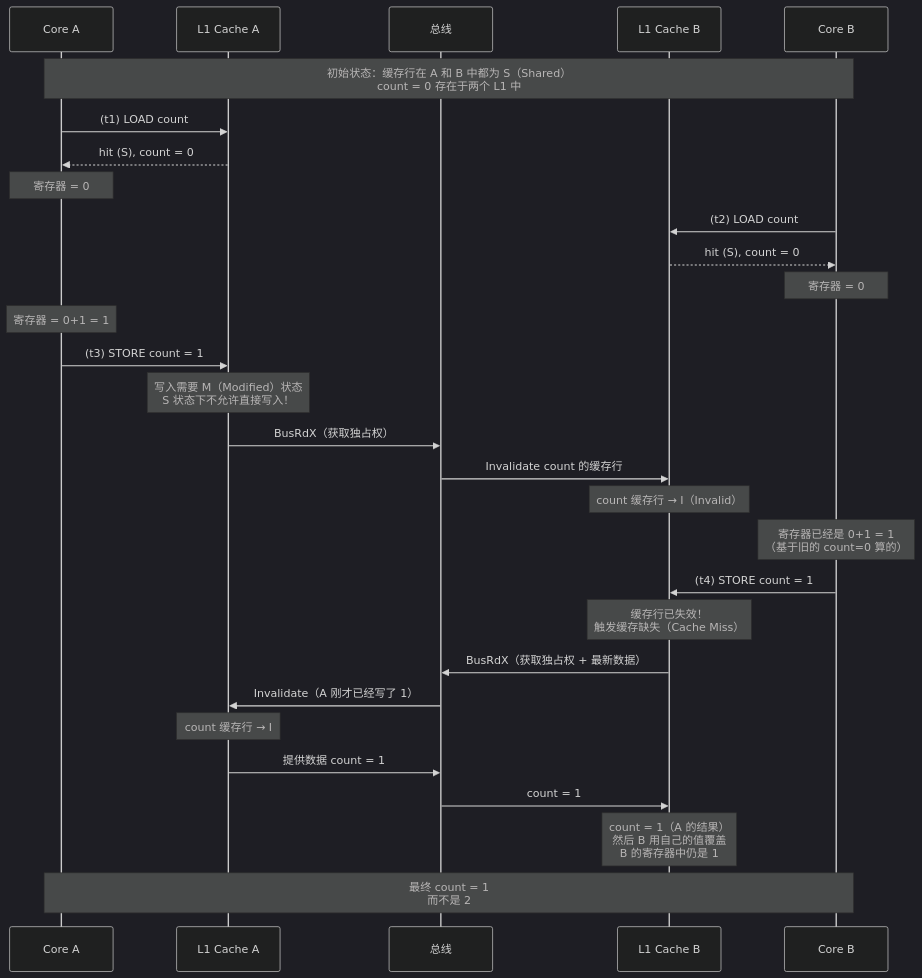
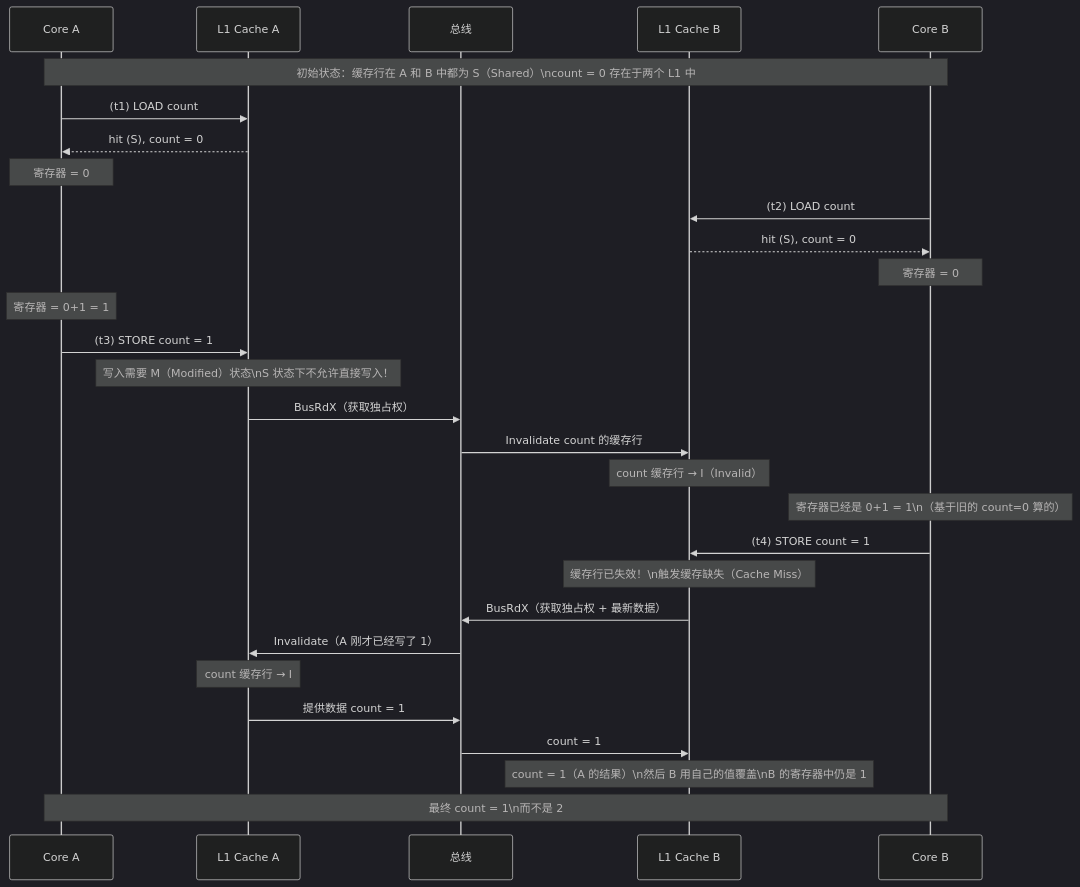
Before and after one commit to yaocat55/yaocat55.github.io: the first of 6 diagrams in content/posts/concurrency/CAS.md, drawn with Mermaid (dark theme). The commit also changed other lines of this file and 155 other files, not shown here.

````diff
--- a/content/posts/concurrency/CAS.md
+++ b/content/posts/concurrency/CAS.md
@@ -48,36 +48,36 @@
 ```mermaid
 sequenceDiagram
     participant CA as Core A
     participant L1A as L1 Cache A
     participant BUS as 总线
     participant L1B as L1 Cache B
     participant CB as Core B
 
-    Note over CA,CB: 初始状态：缓存行在 A 和 B 中都为 S（Shared）<br/>count = 0 存在于两个 L1 中
+    Note over CA,CB: 初始状态：缓存行在 A 和 B 中都为 S（Shared）\ncount = 0 存在于两个 L1 中
 
     CA->>L1A: (t1) LOAD count
     L1A-->>CA: hit (S), count = 0
     Note over CA: 寄存器 = 0
 
     CB->>L1B: (t2) LOAD count
     L1B-->>CB: hit (S), count = 0
     Note over CB: 寄存器 = 0
 
     Note over CA: 寄存器 = 0+1 = 1
     CA->>L1A: (t3) STORE count = 1
-    Note over L1A: 写入需要 M（Modified）状态<br/>S 状态下不允许直接写入！
+    Note over L1A: 写入需要 M（Modified）状态\nS 状态下不允许直接写入！
     L1A->>BUS: BusRdX（获取独占权）
     BUS->>L1B: Invalidate count 的缓存行
     Note over L1B: count 缓存行 → I（Invalid）
 
-    Note over CB: 寄存器已经是 0+1 = 1<br/>（基于旧的 count=0 算的）
+    Note over CB: 寄存器已经是 0+1 = 1\n（基于旧的 count=0 算的）
     CB->>L1B: (t4) STORE count = 1
-    Note over L1B: 缓存行已失效！<br/>触发缓存缺失（Cache Miss）
+    Note over L1B: 缓存行已失效！\n触发缓存缺失（Cache Miss）
     L1B->>BUS: BusRdX（获取独占权 + 最新数据）
     BUS->>L1A: Invalidate（A 刚才已经写了 1）
     Note over L1A: count 缓存行 → I
     L1A->>BUS: 提供数据 count = 1
     BUS->>L1B: count = 1
-    Note over L1B: count = 1（A 的结果）<br/>然后 B 用自己的值覆盖<br/>B 的寄存器中仍是 1
-    Note over CA,CB: 最终 count = 1<br/>而不是 2
+    Note over L1B: count = 1（A 的结果）\n然后 B 用自己的值覆盖\nB 的寄存器中仍是 1
+    Note over CA,CB: 最终 count = 1\n而不是 2
 ```
````
